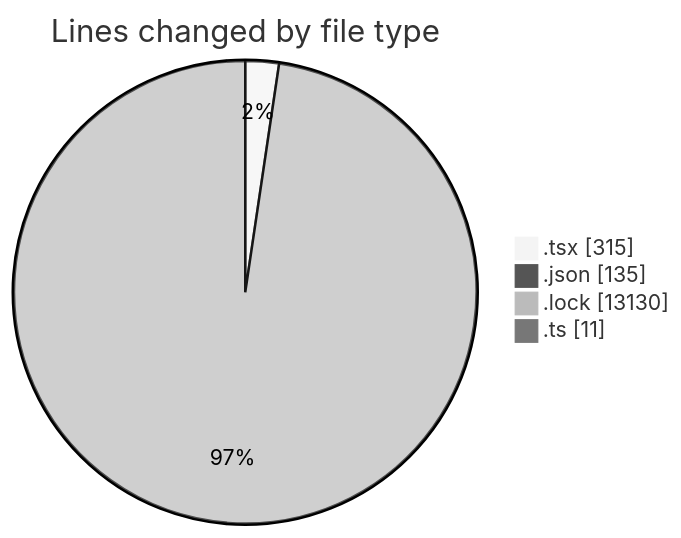
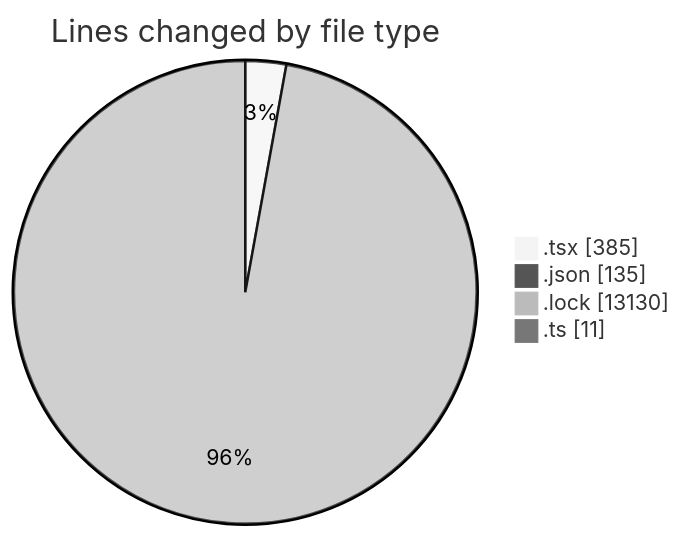
One commit to momahboobian/code-tracking changed the first of 2 diagrams in 2025-02-09/cda/README.md. Above: the diagram before and after it, drawn with Mermaid (neutral theme). The commit also changed other lines of this file and 1 other file, not shown here.

````diff
--- a/2025-02-09/cda/README.md
+++ b/2025-02-09/cda/README.md
@@ -26,8 +26,8 @@
 ```mermaid
 pie showData
 title Lines changed by file type
-".tsx" : 315
+".tsx" : 385
 ".json" : 135
 ".lock" : 13130
 ".ts" : 11
 ```
````
